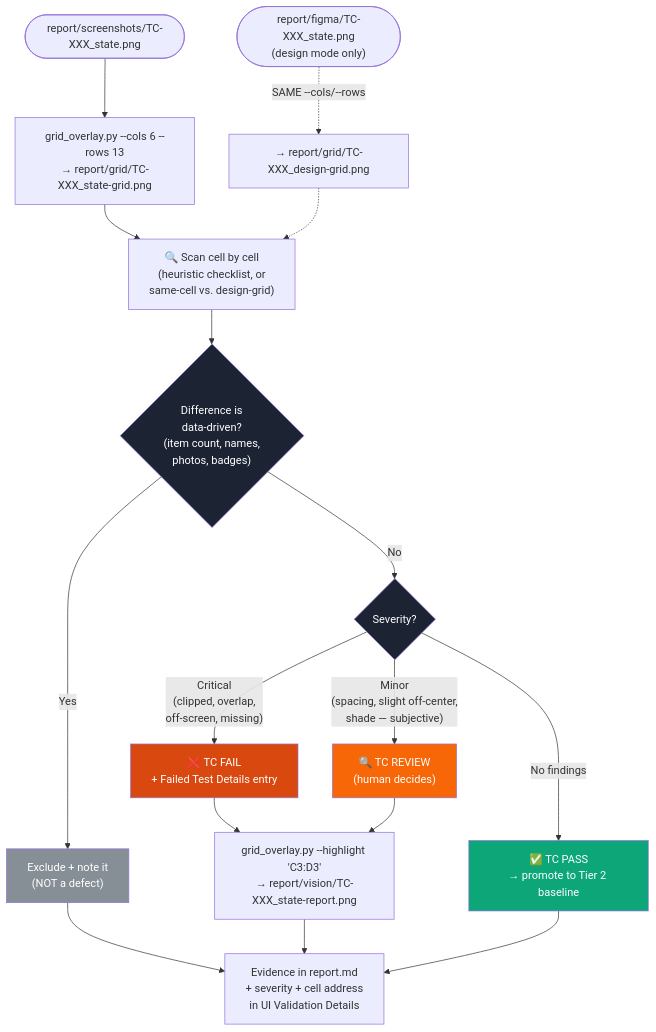
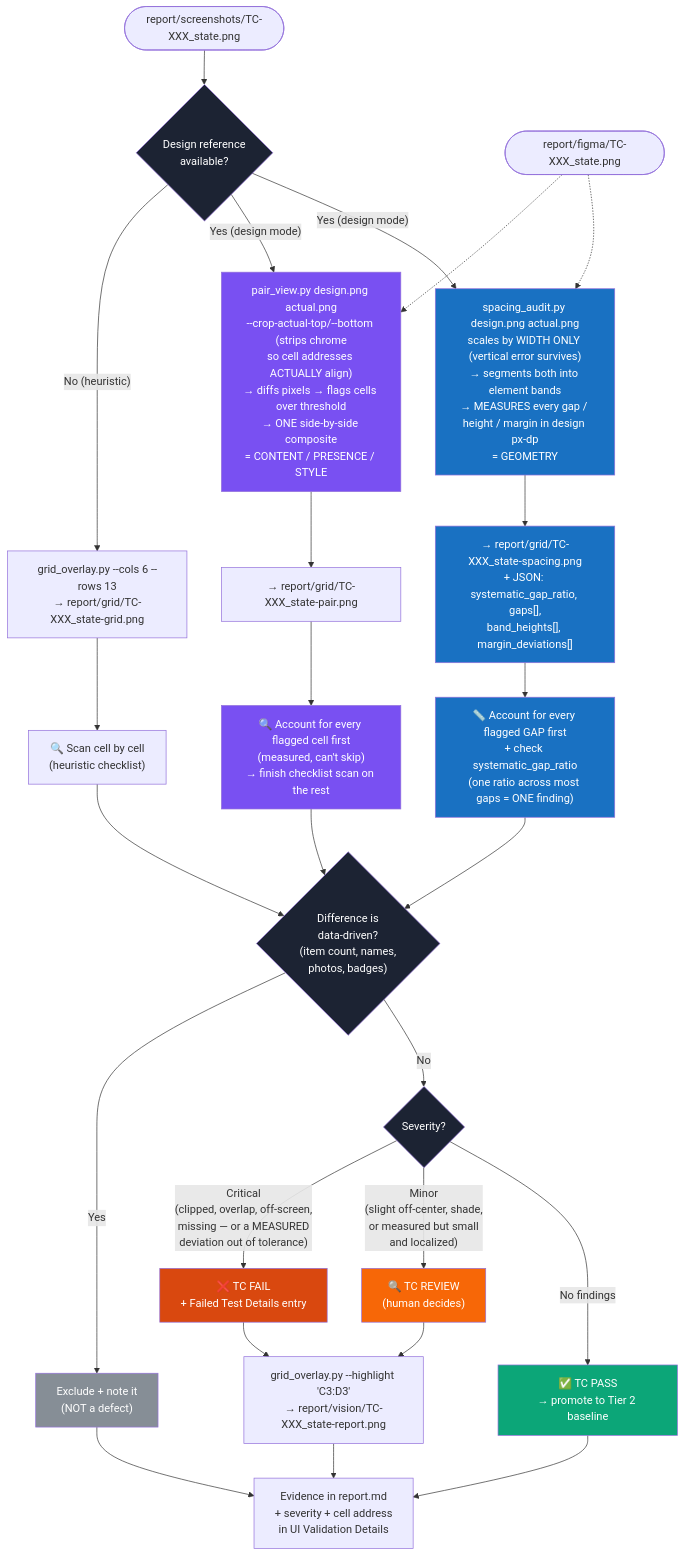
The sixth of 11 diagrams in maestro-test-executor/DOC.md (anhdo9797/my_skills), drawn with Mermaid before and after one commit. The commit also changed other lines of this file and 14 other files, not shown here.

````diff
--- a/maestro-test-executor/DOC.md
+++ b/maestro-test-executor/DOC.md
@@ -180,29 +182,45 @@
 ```mermaid
 flowchart TD
-    S(["report/screenshots/TC-XXX_state.png"]) --> G["grid_overlay.py --cols 6 --rows 13\n→ report/grid/TC-XXX_state-grid.png"]
-    D(["report/figma/TC-XXX_state.png\n(design mode only)"]) -.->|"SAME --cols/--rows"| GD["→ report/grid/TC-XXX_design-grid.png"]
+    S(["report/screenshots/TC-XXX_state.png"]) --> MODE{Design reference\navailable?}
 
-    G --> SCAN["🔍 Scan cell by cell\n(heuristic checklist, or\nsame-cell vs. design-grid)"]
-    GD -.-> SCAN
+    MODE -- "No (heuristic)" --> G["grid_overlay.py --cols 6 --rows 13\n→ report/grid/TC-XXX_state-grid.png"]
+    G --> SCAN["🔍 Scan cell by cell\n(heuristic checklist)"]
+
+    MODE -- "Yes (design mode)" --> PV["pair_view.py design.png actual.png\n--crop-actual-top/--bottom (strips chrome\nso cell addresses ACTUALLY align)\n→ diffs pixels → flags cells over threshold\n→ ONE side-by-side composite\n= CONTENT / PRESENCE / STYLE"]
+    MODE -- "Yes (design mode)" --> SA["spacing_audit.py design.png actual.png\nscales by WIDTH ONLY (vertical error survives)\n→ segments both into element bands\n→ MEASURES every gap / height / margin in design px-dp\n= GEOMETRY"]
+    D(["report/figma/TC-XXX_state.png"]) -.-> PV
+    D -.-> SA
+    PV --> PAIR["→ report/grid/TC-XXX_state-pair.png"]
+    SA --> SPC["→ report/grid/TC-XXX_state-spacing.png\n+ JSON: systematic_gap_ratio, gaps[],\nband_heights[], margin_deviations[]"]
+    SPC --> SCAN0["📏 Account for every flagged GAP first\n+ check systematic_gap_ratio\n(one ratio across most gaps = ONE finding)"]
+    PAIR --> SCAN2["🔍 Account for every flagged cell first\n(measured, can't skip)\n→ finish checklist scan on the rest"]
 
     SCAN --> EXCL{"Difference is\ndata-driven?\n(item count, names,\nphotos, badges)"}
+    SCAN2 --> EXCL
+    SCAN0 --> EXCL
     EXCL -- Yes --> NOTE["Exclude + note it\n(NOT a defect)"]
     EXCL -- No --> SEV{Severity?}
 
-    SEV -- "Critical\n(clipped, overlap,\noff-screen, missing)" --> CR["❌ TC FAIL\n+ Failed Test Details entry"]
-    SEV -- "Minor\n(spacing, slight off-center,\nshade — subjective)" --> MI["🔍 TC REVIEW\n(human decides)"]
+    SEV -- "Critical\n(clipped, overlap, off-screen,\nmissing — or a MEASURED\ndeviation out of tolerance)" --> CR["❌ TC FAIL\n+ Failed Test Details entry"]
+    SEV -- "Minor\n(slight off-center, shade,\nor measured but small\nand localized)" --> MI["🔍 TC REVIEW\n(human decides)"]
     SEV -- "No findings" --> OK["✅ TC PASS\n→ promote to Tier 2 baseline"]
 
     CR --> HL["grid_overlay.py --highlight 'C3:D3'\n→ report/vision/TC-XXX_state-report.png"]
     MI --> HL
     HL --> REP["Evidence in report.md\n+ severity + cell address\nin UI Validation Details"]
     NOTE --> REP
     OK --> REP
 
     style CR fill:#D9480F,color:#fff
     style MI fill:#F76707,color:#fff
     style OK fill:#0CA678,color:#fff
     style NOTE fill:#868E96,color:#fff
     style SEV fill:#1C2333,color:#fff
     style EXCL fill:#1C2333,color:#fff
+    style PV fill:#7950F2,color:#fff
+    style SCAN2 fill:#7950F2,color:#fff
+    style SA fill:#1971C2,color:#fff
+    style SPC fill:#1971C2,color:#fff
+    style SCAN0 fill:#1971C2,color:#fff
+    style MODE fill:#1C2333,color:#fff
 ```
````
